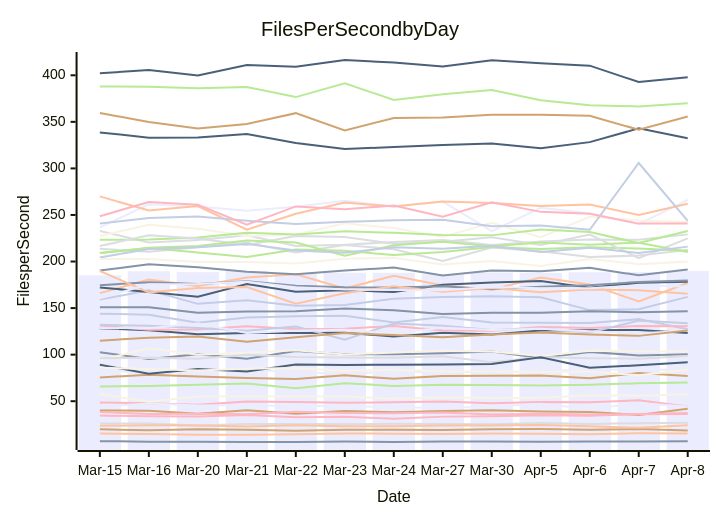
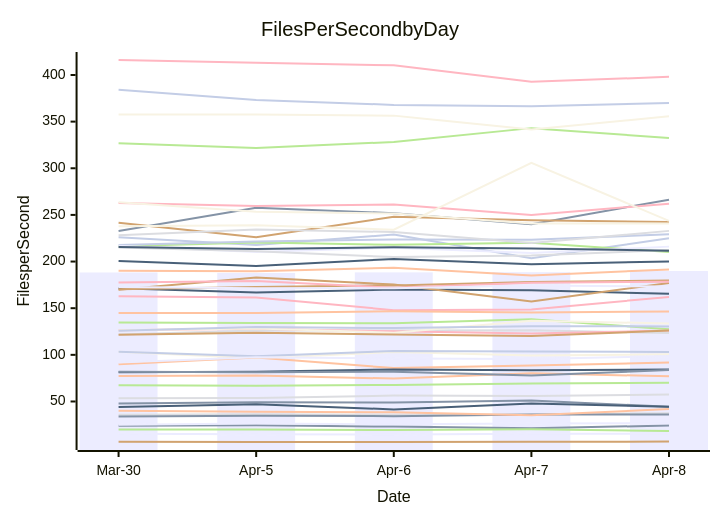
The diagram in perf-report.md (streetsidesoftware/cspell), drawn with Mermaid before and after one commit. The commit also changed other lines of this file and 2 other files, not shown here.

````diff
--- a/perf-report.md
+++ b/perf-report.md
@@ -11,57 +11,57 @@
 ```mermaid
 xychart-beta
     title Files Per Second by Day
     y-axis Files per Second
-    x-axis Date [Mar-15, Mar-16, Mar-20, Mar-21, Mar-22, Mar-23, Mar-24, Mar-27, Mar-30, Apr-5, Apr-6, Apr-7, Apr-8]
-    bar [185.21, 189.57, 188.63, 189.87, 187.45, 187.93, 187.93, 186.35, 188.30, 187.81, 188.42, 188.59, 189.84]
-    line [102.55, 95.32, 100.34, 95.68, 103.94, 100.49, 100.37, 101.61, 103.43, 96.40, 102.92, 99.21, 100.52]
-    line [15.23, 14.84, 14.06, 13.99, 14.45, 15.39, 15.15, 14.76, 15.30, 14.95, 14.57, 15.50, 15.41]
-    line [26.18, 25.98, 23.83, 25.61, 25.64, 25.22, 25.67, 25.63, 25.15, 26.46, 25.57, 26.37, 26.75]
-    line [387.90, 387.80, 386.06, 387.41, 376.59, 391.51, 373.44, 379.72, 384.27, 373.30, 367.91, 366.55, 370.00]
-    line [40.13, 39.77, 36.42, 40.38, 36.50, 39.38, 38.08, 39.48, 40.18, 38.93, 38.36, 35.23, 41.88]
-    line [143.93, 142.95, 134.36, 139.82, 141.15, 141.79, 134.53, 140.55, 134.62, 134.19, 133.87, 138.14, 127.32]
-    line [48.64, 47.90, 46.22, 49.72, 49.15, 48.47, 48.92, 49.74, 47.82, 49.22, 48.87, 50.93, 44.38]
-    line [128.40, 126.26, 121.85, 123.29, 123.31, 123.57, 119.37, 123.63, 121.70, 126.05, 126.20, 126.46, 123.33]
-    line [94.07, 106.95, 99.82, 102.15, 104.63, 100.11, 102.26, 104.28, 103.40, 98.55, 104.22, 103.59, 103.12]
-    line [236.73, 261.47, 259.22, 254.59, 258.80, 265.17, 259.19, 264.34, 232.73, 257.73, 251.87, 240.02, 266.31]
-    line [7.12, 6.59, 6.35, 6.19, 6.26, 6.60, 6.25, 6.74, 6.77, 6.57, 6.61, 6.73, 7.00]
-    line [166.05, 180.55, 173.75, 182.92, 186.30, 171.18, 184.68, 174.16, 169.88, 182.89, 175.34, 157.18, 176.94]
-    line [232.68, 220.52, 223.12, 228.15, 216.79, 218.07, 220.91, 223.03, 217.84, 221.62, 223.63, 223.28, 229.16]
-    line [65.83, 66.30, 67.73, 68.98, 63.91, 69.35, 66.34, 67.66, 67.35, 66.87, 67.74, 69.26, 70.15]
-    line [19.78, 18.71, 19.79, 19.47, 18.35, 19.30, 19.37, 19.08, 19.88, 20.02, 19.41, 20.18, 18.41]
-    line [159.10, 169.05, 154.54, 158.47, 152.54, 153.40, 160.13, 161.83, 162.72, 161.59, 147.84, 148.71, 162.06]
-    line [38.37, 36.25, 36.61, 35.87, 38.67, 37.37, 36.99, 37.97, 35.69, 36.40, 35.82, 36.18, 37.44]
-    line [338.69, 332.97, 333.24, 336.87, 327.34, 320.84, 322.94, 325.27, 326.73, 321.72, 328.23, 343.02, 332.37]
-    line [227.46, 239.47, 235.22, 227.41, 228.79, 241.01, 235.98, 226.38, 241.62, 226.17, 248.01, 244.17, 242.46]
-    line [85.41, 78.19, 83.51, 83.81, 81.43, 79.47, 81.70, 81.36, 81.35, 81.81, 84.38, 83.54, 84.32]
-    line [190.26, 197.02, 193.75, 189.15, 186.42, 190.28, 193.49, 184.99, 190.27, 189.55, 193.41, 185.15, 191.53]
-    line [269.97, 254.79, 259.65, 234.19, 251.38, 263.45, 259.03, 264.42, 262.82, 259.51, 261.27, 249.89, 261.98]
-    line [213.63, 210.38, 215.44, 220.20, 209.66, 217.73, 213.19, 200.65, 215.04, 210.95, 204.79, 206.43, 212.35]
-    line [209.05, 214.60, 209.59, 204.82, 212.94, 211.50, 207.03, 210.21, 215.65, 213.52, 215.27, 213.92, 211.68]
-    line [359.59, 349.81, 342.75, 347.71, 359.34, 340.76, 354.09, 354.69, 357.70, 357.50, 356.42, 341.55, 355.72]
-    line [240.74, 246.80, 248.37, 243.77, 240.29, 242.61, 244.28, 244.79, 237.77, 238.81, 234.08, 305.83, 243.57]
-    line [131.20, 126.76, 126.98, 130.36, 127.52, 127.75, 130.81, 125.94, 125.76, 129.75, 128.69, 130.72, 130.46]
-    line [172.23, 167.20, 162.09, 175.73, 167.53, 169.26, 167.37, 175.14, 177.59, 179.11, 171.90, 177.30, 178.37]
-    line [57.64, 49.40, 55.01, 55.07, 55.14, 54.97, 52.69, 54.36, 53.37, 53.82, 56.32, 55.94, 57.36]
-    line [44.30, 47.55, 45.42, 45.55, 44.76, 44.94, 43.55, 42.67, 44.21, 47.13, 41.53, 47.88, 44.28]
-    line [150.95, 150.81, 144.94, 146.39, 146.52, 149.65, 147.78, 143.68, 144.97, 144.90, 146.68, 145.47, 146.56]
-    line [23.57, 24.07, 23.83, 22.72, 24.07, 23.01, 23.19, 23.80, 24.02, 24.56, 23.07, 21.40, 24.14]
-    line [96.21, 96.60, 95.61, 100.00, 97.34, 96.90, 96.73, 98.18, 91.72, 97.44, 96.14, 95.65, 98.60]
-    line [223.33, 223.62, 225.78, 230.86, 229.00, 232.44, 230.81, 228.49, 228.09, 234.26, 231.70, 219.86, 232.88]
-    line [75.58, 78.40, 76.58, 74.92, 73.83, 77.77, 74.02, 77.10, 77.41, 77.73, 74.56, 80.16, 77.02]
-    line [132.01, 131.14, 128.67, 125.67, 130.11, 116.06, 133.46, 130.91, 126.44, 128.14, 123.76, 136.62, 133.64]
-    line [34.53, 33.80, 33.49, 35.23, 32.80, 33.41, 31.17, 33.44, 33.97, 34.80, 34.26, 36.10, 36.17]
-    line [89.20, 79.46, 84.64, 82.02, 89.37, 88.80, 89.20, 89.35, 90.00, 97.23, 85.82, 88.62, 91.77]
-    line [85.90, 84.63, 82.99, 84.87, 85.57, 82.40, 83.84, 81.84, 82.00, 81.46, 81.94, 77.93, 83.70]
-    line [128.64, 128.22, 133.34, 123.28, 125.66, 126.65, 122.93, 128.82, 126.34, 127.91, 125.16, 122.83, 125.98]
-    line [174.63, 177.66, 175.92, 178.79, 174.01, 172.30, 172.16, 173.35, 170.18, 172.81, 174.46, 178.10, 179.62]
-    line [189.84, 166.89, 171.60, 172.56, 154.71, 166.00, 173.35, 167.42, 171.49, 166.95, 170.01, 169.14, 165.39]
-    line [216.60, 228.18, 224.68, 217.69, 227.52, 226.28, 219.14, 221.19, 226.02, 217.73, 228.96, 203.68, 224.92]
-    line [209.05, 214.75, 216.78, 222.67, 220.47, 206.28, 217.42, 221.24, 216.32, 220.41, 218.02, 220.27, 210.30]
-    line [114.99, 118.14, 119.47, 113.95, 118.70, 123.16, 121.00, 118.77, 121.60, 123.74, 121.73, 120.16, 125.96]
-    line [204.44, 213.42, 215.32, 218.95, 211.96, 209.30, 215.41, 213.73, 216.98, 210.20, 214.91, 209.11, 216.00]
-    line [248.68, 263.99, 260.91, 239.46, 259.16, 256.10, 260.18, 248.06, 263.68, 253.34, 251.40, 240.71, 240.89]
-    line [402.18, 405.65, 399.88, 410.92, 409.10, 416.42, 413.72, 409.38, 416.05, 413.02, 410.36, 392.72, 397.99]
-    line [202.63, 202.69, 199.56, 199.40, 197.96, 202.91, 203.92, 196.82, 200.56, 195.13, 202.74, 197.17, 200.02]
-    line [160.55, 175.49, 175.91, 178.24, 172.29, 170.07, 169.37, 169.09, 172.70, 171.27, 171.33, 174.25, 173.31]
+    x-axis Date [Mar-30, Apr-5, Apr-6, Apr-7, Apr-8]
+    bar [188.30, 187.81, 188.42, 188.59, 189.84]
+    line [24.02, 24.56, 23.07, 21.40, 24.14]
+    line [77.41, 77.73, 74.56, 80.16, 77.02]
+    line [53.37, 53.82, 56.32, 55.94, 57.36]
+    line [134.62, 134.19, 133.87, 138.14, 127.32]
+    line [6.77, 6.57, 6.61, 6.73, 7.00]
+    line [384.27, 373.30, 367.91, 366.55, 370.00]
+    line [162.72, 161.59, 147.84, 148.71, 162.06]
+    line [171.49, 166.95, 170.01, 169.14, 165.39]
+    line [103.43, 96.40, 102.92, 99.21, 100.52]
+    line [15.30, 14.95, 14.57, 15.50, 15.41]
+    line [47.82, 49.22, 48.87, 50.93, 44.38]
+    line [144.97, 144.90, 146.68, 145.47, 146.56]
+    line [121.70, 126.05, 126.20, 126.46, 123.33]
+    line [326.73, 321.72, 328.23, 343.02, 332.37]
+    line [169.88, 182.89, 175.34, 157.18, 176.94]
+    line [226.02, 217.73, 228.96, 203.68, 224.92]
+    line [126.34, 127.91, 125.16, 122.83, 125.98]
+    line [44.21, 47.13, 41.53, 47.88, 44.28]
+    line [357.70, 357.50, 356.42, 341.55, 355.72]
+    line [25.15, 26.46, 25.57, 26.37, 26.75]
+    line [232.73, 257.73, 251.87, 240.02, 266.31]
+    line [90.00, 97.23, 85.82, 88.62, 91.77]
+    line [35.69, 36.40, 35.82, 36.18, 37.44]
+    line [216.32, 220.41, 218.02, 220.27, 210.30]
+    line [241.62, 226.17, 248.01, 244.17, 242.46]
+    line [217.84, 221.62, 223.63, 223.28, 229.16]
+    line [262.82, 259.51, 261.27, 249.89, 261.98]
+    line [81.35, 81.81, 84.38, 83.54, 84.32]
+    line [126.44, 128.14, 123.76, 136.62, 133.64]
+    line [216.98, 210.20, 214.91, 209.11, 216.00]
+    line [82.00, 81.46, 81.94, 77.93, 83.70]
+    line [190.27, 189.55, 193.41, 185.15, 191.53]
+    line [215.04, 210.95, 204.79, 206.43, 212.35]
+    line [19.88, 20.02, 19.41, 20.18, 18.41]
+    line [170.18, 172.81, 174.46, 178.10, 179.62]
+    line [103.40, 98.55, 104.22, 103.59, 103.12]
+    line [177.59, 179.11, 171.90, 177.30, 178.37]
+    line [215.65, 213.52, 215.27, 213.92, 211.68]
+    line [237.77, 238.81, 234.08, 305.83, 243.57]
+    line [91.72, 97.44, 96.14, 95.65, 98.60]
+    line [33.97, 34.80, 34.26, 36.10, 36.17]
+    line [40.18, 38.93, 38.36, 35.23, 41.88]
+    line [228.09, 234.26, 231.70, 219.86, 232.88]
+    line [67.35, 66.87, 67.74, 69.26, 70.15]
+    line [121.60, 123.74, 121.73, 120.16, 125.96]
+    line [125.76, 129.75, 128.69, 130.72, 130.46]
+    line [416.05, 413.02, 410.36, 392.72, 397.99]
+    line [200.56, 195.13, 202.74, 197.17, 200.02]
+    line [263.68, 253.34, 251.40, 240.71, 240.89]
+    line [172.70, 171.27, 171.33, 174.25, 173.31]
 ```
````
